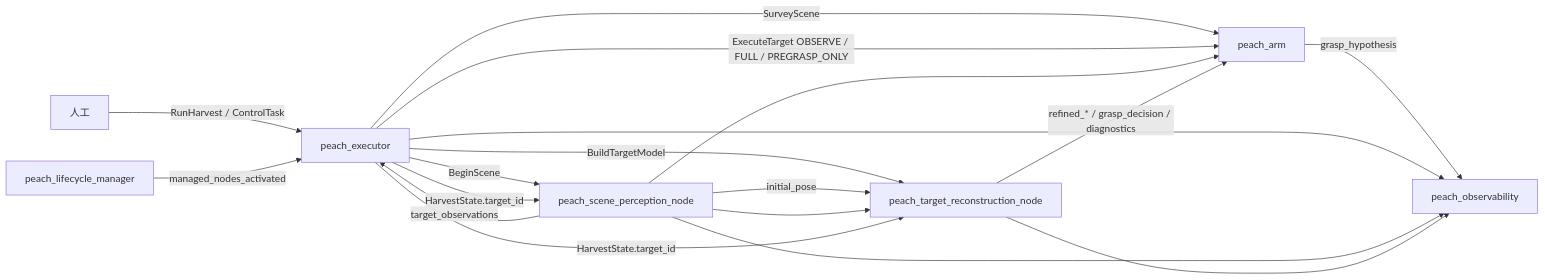
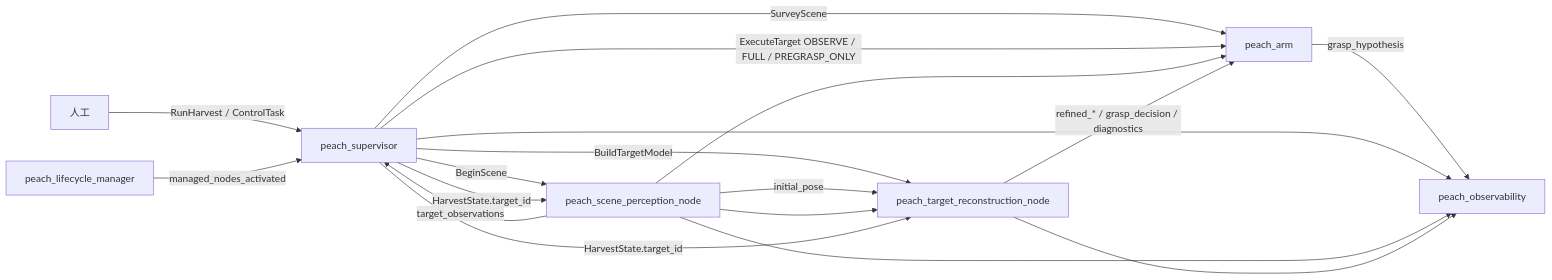
Before and after one commit to MUHAN11-c/aubo_boot: the first of 12 diagrams in docs/io.md, drawn with Mermaid. The commit also changed other lines of this file and 36 other files, not shown here.

First line of the commit message:
refactor(peach): 阶段6-3 节点改名 peach_executor→peach_supervisor（图名波）

````diff
--- a/docs/io.md
+++ b/docs/io.md
@@ -37,20 +37,20 @@
 ```mermaid
 flowchart LR
-  Op[人工] -->|RunHarvest / ControlTask| Ex[peach_executor]
+  Op[人工] -->|RunHarvest / ControlTask| Ex[peach_supervisor]
   LCM[peach_lifecycle_manager] -->|managed_nodes_activated| Ex
   Ex -->|SurveyScene| Skill[peach_arm]
   Ex -->|BeginScene| Perc[peach_scene_perception_node]
   Ex -->|BuildTargetModel| Rec[peach_target_reconstruction_node]
   Ex -->|ExecuteTarget OBSERVE / FULL / PREGRASP_ONLY| Skill
   Perc -->|target_observations| Ex
   Perc -->|initial_pose| Rec
   Perc --> Rec
   Perc --> Skill
   Rec -->|refined_* / grasp_decision / diagnostics| Skill
   Ex -->|HarvestState.target_id| Perc
   Ex -->|HarvestState.target_id| Rec
   Skill -->|grasp_hypothesis| Obs[peach_observability]
   Ex --> Obs
   Perc --> Obs
   Rec --> Obs
 ```
````
